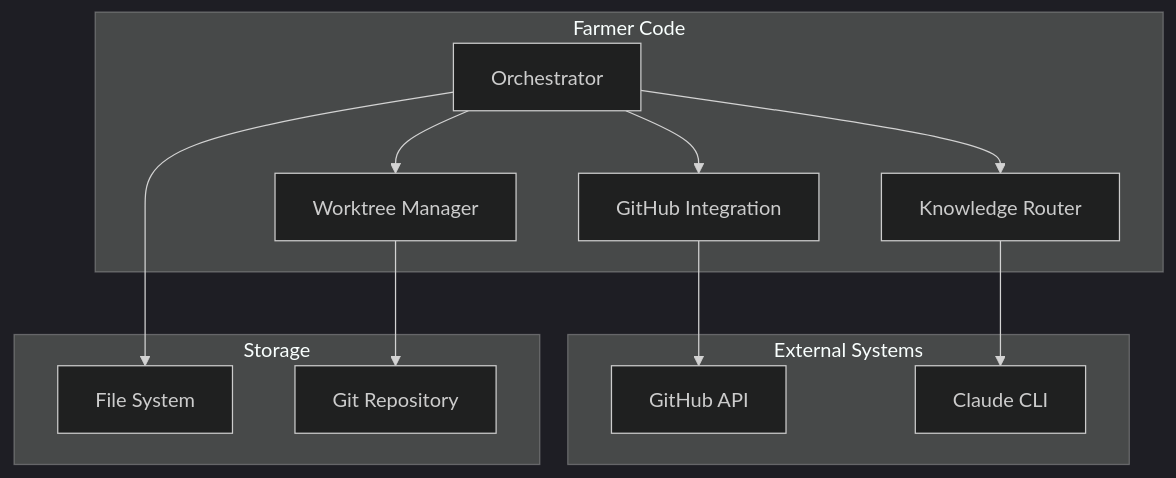
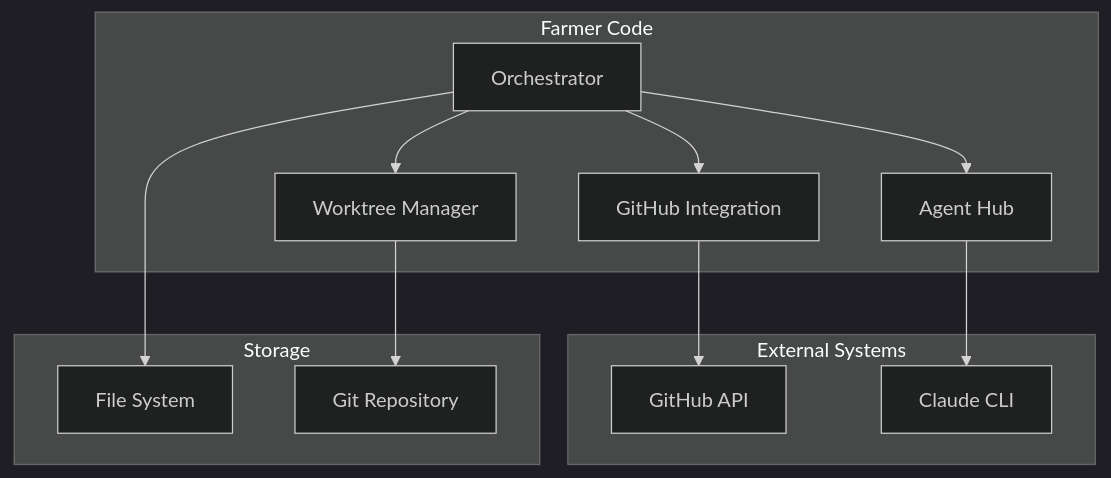
The first of 2 diagrams in docs/architecture/README.md (farmer1st/farmer-code), drawn with Mermaid (dark theme) before and after one commit. The commit also changed other lines of this file and 195 other files, not shown here.

First line of the commit message:
feat: implement Services Architecture (Feature 008) (#8)

````diff
--- a/docs/architecture/README.md
+++ b/docs/architecture/README.md
@@ -25,28 +27,28 @@
 ```mermaid
 graph TB
     subgraph "External Systems"
         GH[GitHub API]
         AI[Claude CLI]
     end
 
     subgraph "Farmer Code"
         ORC[Orchestrator]
         GI[GitHub Integration]
         WM[Worktree Manager]
-        KR[Knowledge Router]
+        AH[Agent Hub]
     end
 
     subgraph "Storage"
         FS[File System]
         GIT[Git Repository]
     end
 
     ORC --> GI
     ORC --> WM
-    ORC --> KR
+    ORC --> AH
 
     GI --> GH
-    KR --> AI
+    AH --> AI
     WM --> GIT
     ORC --> FS
 ```
````
